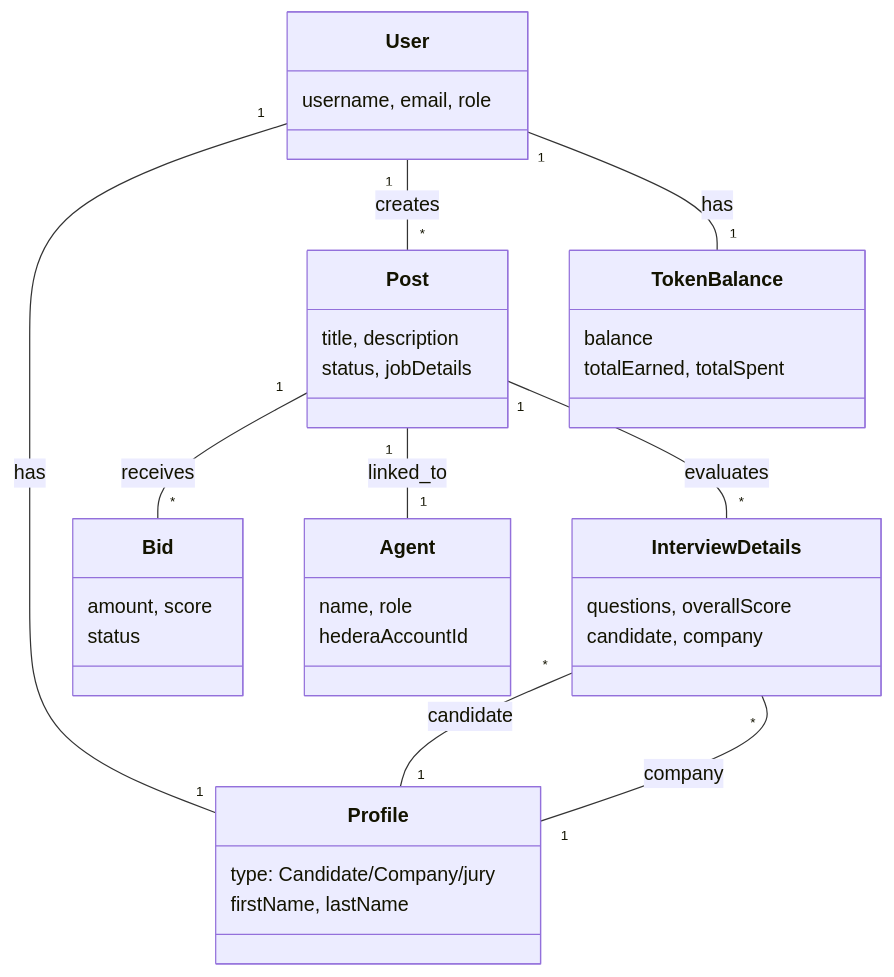
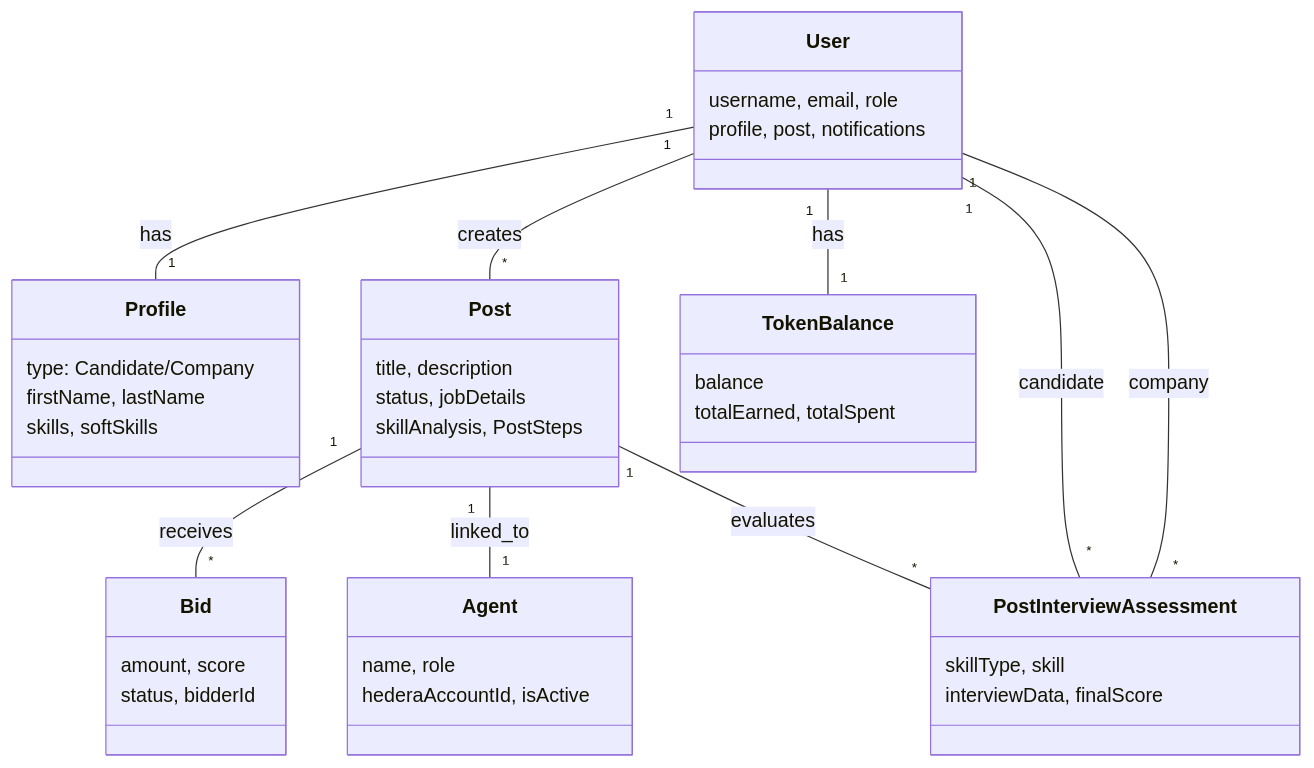
Before and after one commit to Dar-Blockchain/talentai: the second of 2 diagrams in Backend/docs/ARCHITECTURE_CLASS_DIAGRAM.md, drawn with Mermaid. The commit also changed other lines of this file, not shown here.

````diff
--- a/Backend/docs/ARCHITECTURE_CLASS_DIAGRAM.md
+++ b/Backend/docs/ARCHITECTURE_CLASS_DIAGRAM.md
@@ -697,45 +596,48 @@
 ```mermaid
 classDiagram
     class User {
         username, email, role
+        profile, post, notifications
     }
 
     class Profile {
-        type: Candidate/Company/jury
+        type: Candidate/Company
         firstName, lastName
+        skills, softSkills
     }
 
     class Post {
         title, description
         status, jobDetails
+        skillAnalysis, PostSteps
     }
 
     class Agent {
         name, role
-        hederaAccountId
+        hederaAccountId, isActive
     }
 
-    class InterviewDetails {
-        questions, overallScore
-        candidate, company
+    class PostInterviewAssessment {
+        skillType, skill
+        interviewData, finalScore
     }
 
     class Bid {
         amount, score
-        status
+        status, bidderId
     }
 
     class TokenBalance {
         balance
         totalEarned, totalSpent
     }
 
     User "1" -- "1" Profile : has
     User "1" -- "*" Post : creates
     User "1" -- "1" TokenBalance : has
     Post "1" -- "*" Bid : receives
     Post "1" -- "1" Agent : linked_to
-    Post "1" -- "*" InterviewDetails : evaluates
-    InterviewDetails "*" -- "1" Profile : candidate
-    InterviewDetails "*" -- "1" Profile : company
+    Post "1" -- "*" PostInterviewAssessment : evaluates
+    PostInterviewAssessment "*" -- "1" User : candidate
+    PostInterviewAssessment "*" -- "1" User : company
 ```
````
